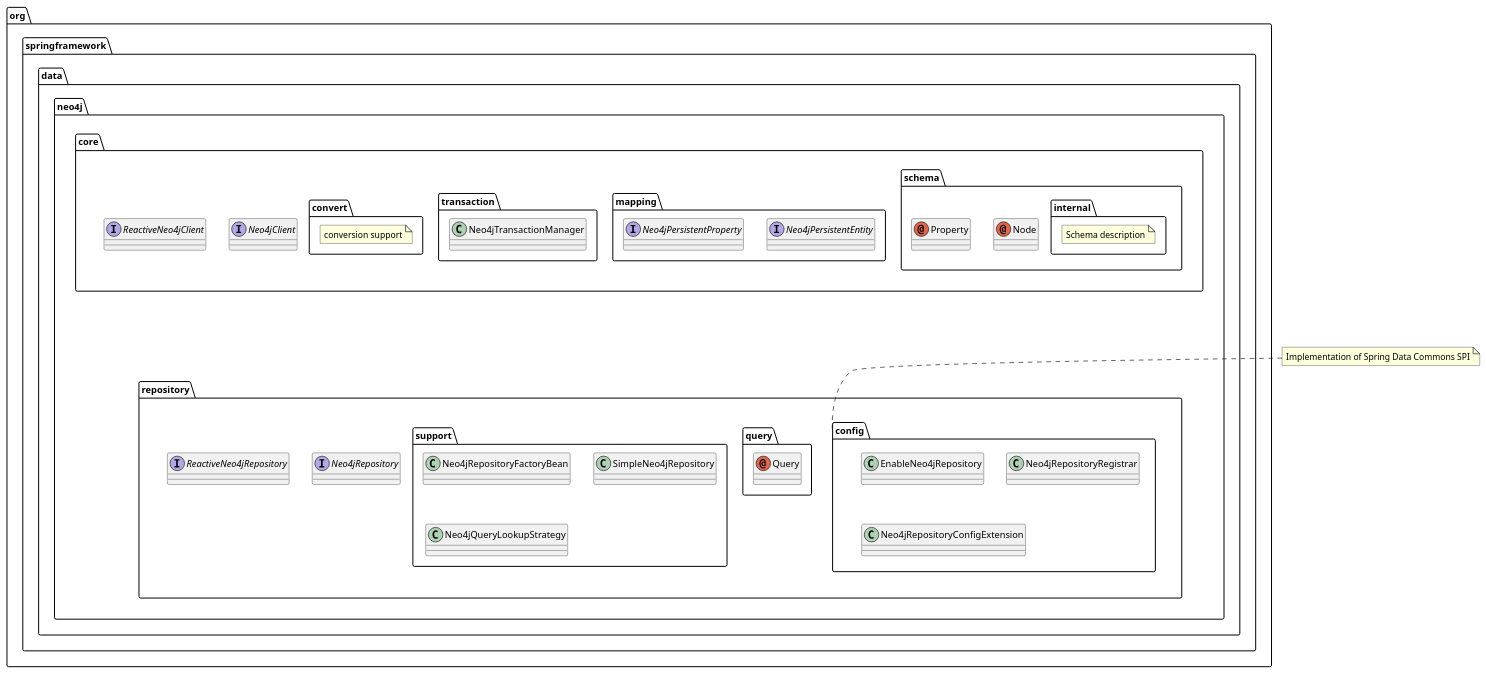
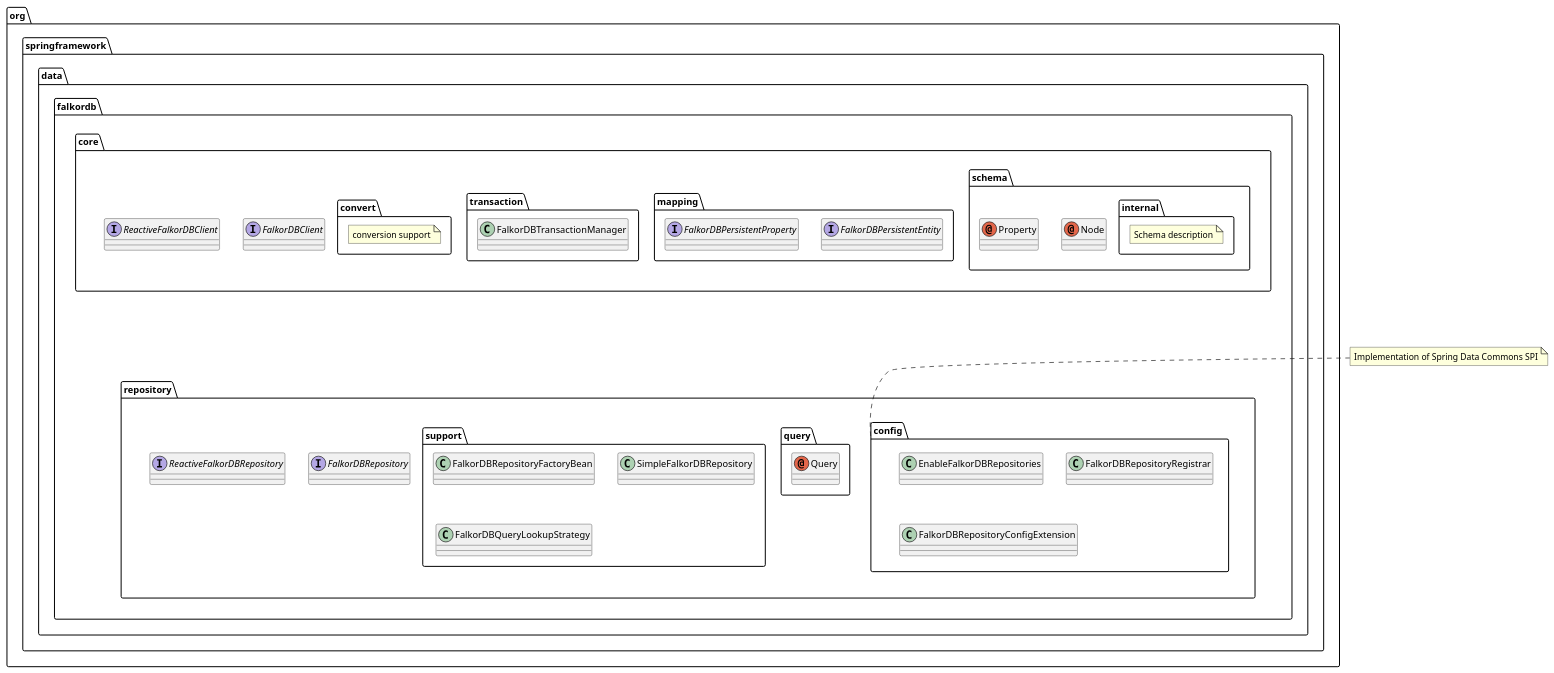
Before and after one commit to spring-projects/spring-data-neo4j: the diagram in etc/adr/general-discussion.adoc, drawn with PlantUML. The commit also changed other lines of this file and 1006 other files, not shown here.

```diff
--- a/etc/adr/general-discussion.adoc
+++ b/etc/adr/general-discussion.adoc
@@ -161,51 +161,51 @@
 [plantuml, width=1200]
 ----
 @startuml
 note "Implementation of Spring Data Commons SPI" as SDC_note
-package "org.springframework.data.neo4j" {
+package "org.springframework.data.falkordb" {
 package "core" {
-    interface Neo4jClient
-    interface ReactiveNeo4jClient
+    interface FalkorDBClient
+    interface ReactiveFalkorDBClient
     package "schema" {
             package "internal" {
                 note "Schema description" as schemaDescription
             }
             annotation Node
             annotation Property
         }
     package "mapping" {
-            interface Neo4jPersistentEntity
-            interface Neo4jPersistentProperty
+            interface FalkorDBPersistentEntity
+            interface FalkorDBPersistentProperty
         }
     package "transaction" {
-        class Neo4jTransactionManager
+        class FalkorDBTransactionManager
     }
     package "convert" {
         note "conversion support" as conversionNote
     }
 }
 
 package "repository" {
 SDC_note..config
     package "config" {
-        class EnableNeo4jRepository
-        class Neo4jRepositoryRegistrar
-        class Neo4jRepositoryConfigExtension
+        class EnableFalkorDBRepositories
+        class FalkorDBRepositoryRegistrar
+        class FalkorDBRepositoryConfigExtension
     }
     package "query" {
         annotation Query
     }
     package "support" {
-        class Neo4jRepositoryFactoryBean
-        class SimpleNeo4jRepository
-        class Neo4jQueryLookupStrategy
+        class FalkorDBRepositoryFactoryBean
+        class SimpleFalkorDBRepository
+        class FalkorDBQueryLookupStrategy
     }
-    interface Neo4jRepository
-    interface ReactiveNeo4jRepository
+    interface FalkorDBRepository
+    interface ReactiveFalkorDBRepository
 }
 
 core-[hidden]--->repository
 }
 
 @enduml
 ----
```
